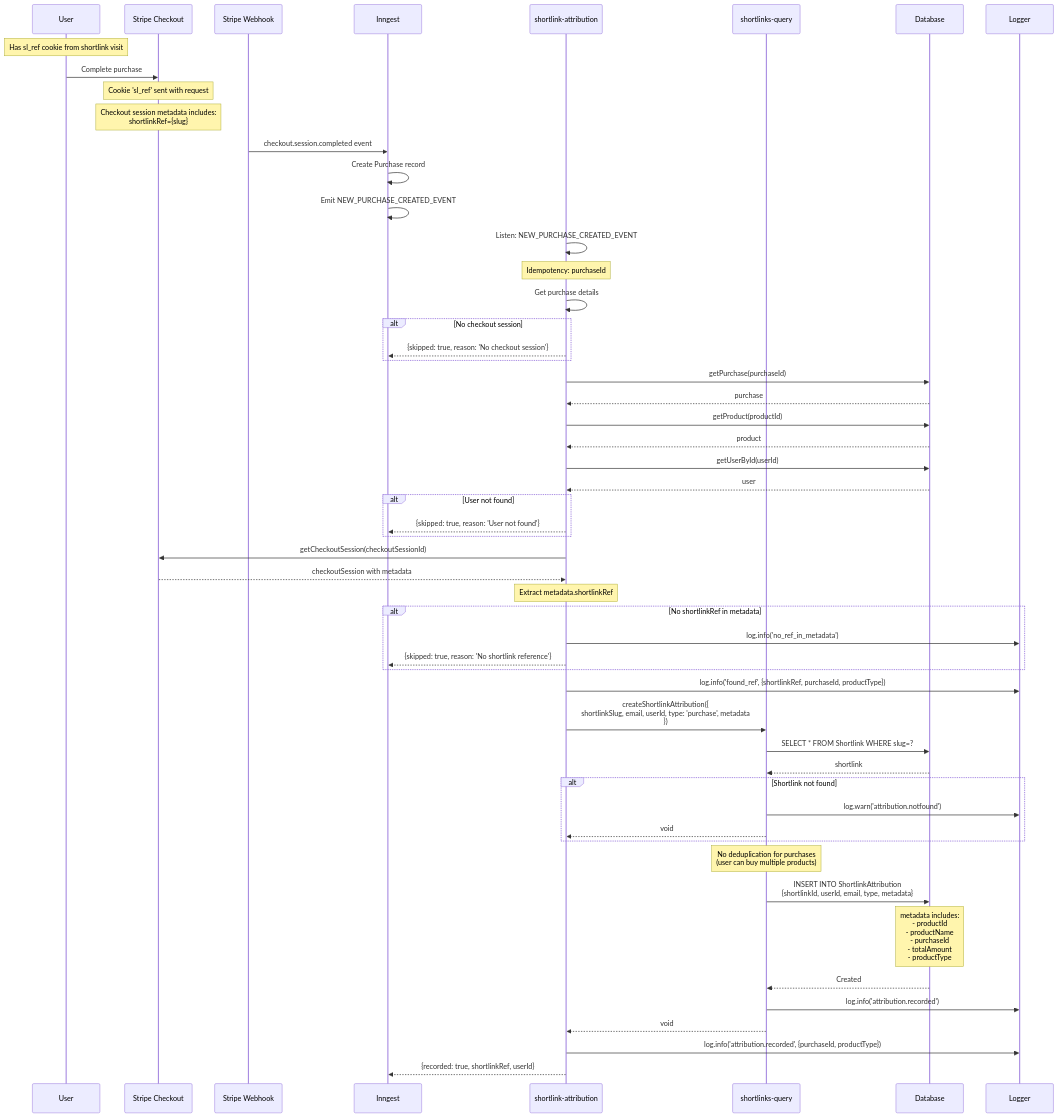
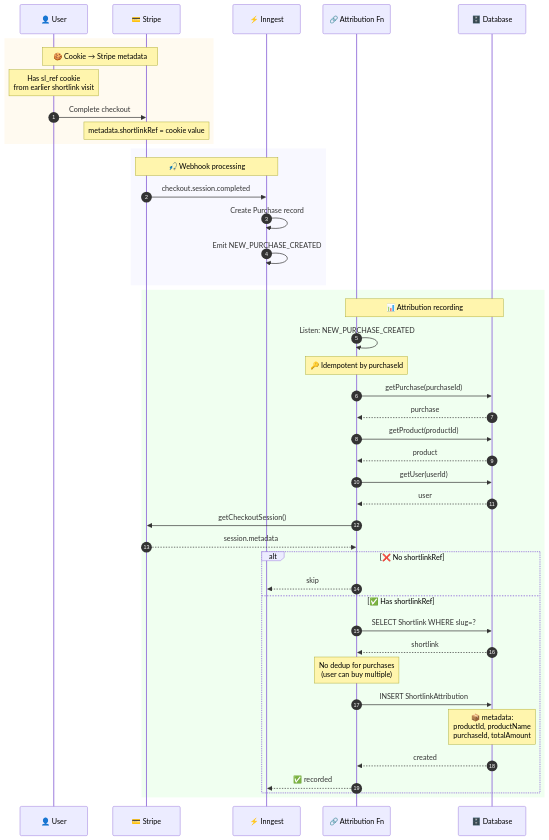
One commit to badass-courses/course-builder changed the fourth of 9 diagrams in apps/ai-hero/docs/flows/shortlinks.md. Above: the diagram before and after it, drawn with Mermaid. The commit also changed other lines of this file, not shown here.

First line of the commit message:
style(aih): enhance mermaid diagrams with theming, autonumber, and styling

````diff
--- a/apps/ai-hero/docs/flows/shortlinks.md
+++ b/apps/ai-hero/docs/flows/shortlinks.md
@@ -247,77 +272,65 @@
 ```mermaid
 sequenceDiagram
-    participant User as User
-    participant Checkout as Stripe Checkout
-    participant Webhook as Stripe Webhook
-    participant Inngest as Inngest
-    participant Attribution as shortlink-attribution
-    participant Query as shortlinks-query
-    participant DB as Database
-    participant Logger as Logger
+    autonumber
+    %% ━━━━━━━━━━━━━━━━━━━━━━━━━━━━━━━━━━━━━━━━━━━━━━━━━━━━━━━━━━━━━━
+    %% Cookie → Stripe metadata → Inngest event → Attribution record
+    %% Links marketing shortlinks to actual purchases
+    %% ━━━━━━━━━━━━━━━━━━━━━━━━━━━━━━━━━━━━━━━━━━━━━━━━━━━━━━━━━━━━━━
 
-    Note over User: Has sl_ref cookie from shortlink visit
+    participant User as 👤 User
+    participant Stripe as 💳 Stripe
+    participant Inngest as ⚡ Inngest
+    participant Attr as 🔗 Attribution Fn
+    participant DB as 🗄️ Database
 
-    User->>Checkout: Complete purchase
-    Note over Checkout: Cookie 'sl_ref' sent with request
-    Note over Checkout: Checkout session metadata includes:<br/>shortlinkRef={slug}
-
-    Webhook->>Inngest: checkout.session.completed event
-    Inngest->>Inngest: Create Purchase record
-    Inngest->>Inngest: Emit NEW_PURCHASE_CREATED_EVENT
-
-    Attribution->>Attribution: Listen: NEW_PURCHASE_CREATED_EVENT
-    Note over Attribution: Idempotency: purchaseId
-
-    Attribution->>Attribution: Get purchase details
-
-    alt No checkout session
-        Attribution-->>Inngest: {skipped: true, reason: 'No checkout session'}
+    %% Phase 1: Cookie captured during checkout
+    rect rgb(255, 250, 240)
+        Note over User,Stripe: 🍪 Cookie → Stripe metadata
+        Note over User: Has sl_ref cookie<br/>from earlier shortlink visit
+        User->>Stripe: Complete checkout
+        Note over Stripe: metadata.shortlinkRef = cookie value
     end
 
-    Attribution->>DB: getPurchase(purchaseId)
-    DB-->>Attribution: purchase
-
-    Attribution->>DB: getProduct(productId)
-    DB-->>Attribution: product
-
-    Attribution->>DB: getUserById(userId)
-    DB-->>Attribution: user
-
-    alt User not found
-        Attribution-->>Inngest: {skipped: true, reason: 'User not found'}
+    %% Phase 2: Webhook triggers Inngest
+    rect rgb(248, 248, 255)
+        Note over Stripe,Inngest: 🎣 Webhook processing
+        Stripe->>Inngest: checkout.session.completed
+        Inngest->>Inngest: Create Purchase record
+        Inngest->>Inngest: Emit NEW_PURCHASE_CREATED
     end
 
-    Attribution->>Checkout: getCheckoutSession(checkoutSessionId)
-    Checkout-->>Attribution: checkoutSession with metadata
+    %% Phase 3: Attribution function processes
+    rect rgb(240, 255, 240)
+        Note over Attr,DB: 📊 Attribution recording
+        Attr->>Attr: Listen: NEW_PURCHASE_CREATED
+        Note over Attr: 🔑 Idempotent by purchaseId
 
-    Note over Attribution: Extract metadata.shortlinkRef
+        %% Load context
+        Attr->>DB: getPurchase(purchaseId)
+        DB-->>Attr: purchase
+        Attr->>DB: getProduct(productId)
+        DB-->>Attr: product
+        Attr->>DB: getUser(userId)
+        DB-->>Attr: user
 
-    alt No shortlinkRef in metadata
-        Attribution->>Logger: log.info('no_ref_in_metadata')
-        Attribution-->>Inngest: {skipped: true, reason: 'No shortlink reference'}
+        %% Get Stripe metadata
+        Attr->>Stripe: getCheckoutSession()
+        Stripe-->>Attr: session.metadata
+
+        %% Check for shortlink ref
+        alt ❌ No shortlinkRef
+            Attr-->>Inngest: skip
+        else ✅ Has shortlinkRef
+            Attr->>DB: SELECT Shortlink WHERE slug=?
+            DB-->>Attr: shortlink
+
+            Note over Attr: No dedup for purchases<br/>(user can buy multiple)
+
+            Attr->>DB: INSERT ShortlinkAttribution
+            Note over DB: 📦 metadata:<br/>productId, productName<br/>purchaseId, totalAmount
+            DB-->>Attr: created
+
+            Attr-->>Inngest: ✅ recorded
+        end
     end
-
-    Attribution->>Logger: log.info('found_ref', {shortlinkRef, purchaseId, productType})
-
-    Attribution->>Query: createShortlinkAttribution({<br/>shortlinkSlug, email, userId, type: 'purchase', metadata<br/>})
-
-    Query->>DB: SELECT * FROM Shortlink WHERE slug=?
-    DB-->>Query: shortlink
-
-    alt Shortlink not found
-        Query->>Logger: log.warn('attribution.notfound')
-        Query-->>Attribution: void
-    end
-
-    Note over Query: No deduplication for purchases<br/>(user can buy multiple products)
-
-    Query->>DB: INSERT INTO ShortlinkAttribution<br/>{shortlinkId, userId, email, type, metadata}
-    Note over DB: metadata includes:<br/>- productId<br/>- productName<br/>- purchaseId<br/>- totalAmount<br/>- productType
-    DB-->>Query: Created
-
-    Query->>Logger: log.info('attribution.recorded')
-    Query-->>Attribution: void
-
-    Attribution->>Logger: log.info('attribution.recorded', {purchaseId, productType})
-    Attribution-->>Inngest: {recorded: true, shortlinkRef, userId}
 ```
````
